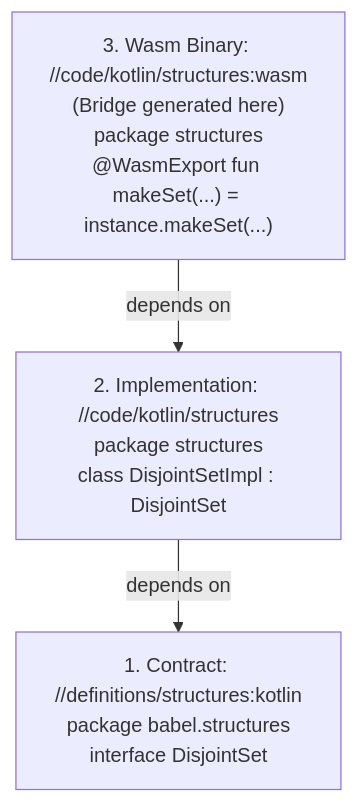
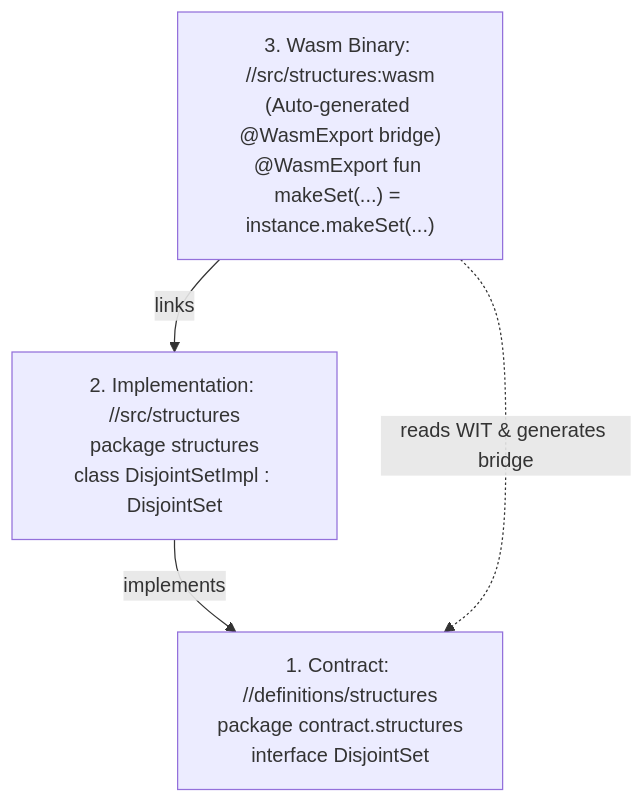
The third of 3 diagrams in docs/kotlin/architecture.md (wcodesoft/please-rules), drawn with Mermaid before and after one commit. The commit also changed other lines of this file and 10 other files, not shown here.

First line of the commit message:
feat(kotlin): support automatic WIT bridge generation in kt_wasm_binary (#20)

````diff
--- a/docs/kotlin/architecture.md
+++ b/docs/kotlin/architecture.md
@@ -116,9 +116,10 @@
 ```mermaid
 flowchart TD
-    Contract["1. Contract: //definitions/structures:kotlin\npackage babel.structures\ninterface DisjointSet"]
-    Impl["2. Implementation: //code/kotlin/structures\npackage structures\nclass DisjointSetImpl : DisjointSet"]
-    Binary["3. Wasm Binary: //code/kotlin/structures:wasm\n(Bridge generated here)\npackage structures\n@WasmExport fun makeSet(...) = instance.makeSet(...)"]
+    Contract["1. Contract: //definitions/structures\npackage contract.structures\ninterface DisjointSet"]
+    Impl["2. Implementation: //src/structures\npackage structures\nclass DisjointSetImpl : DisjointSet"]
+    Binary["3. Wasm Binary: //src/structures:wasm\n(Auto-generated @WasmExport bridge)\n@WasmExport fun makeSet(...) = instance.makeSet(...)"]
 
-    Impl -->|depends on| Contract
-    Binary -->|depends on| Impl
+    Impl -->|implements| Contract
+    Binary -->|links| Impl
+    Binary -.->|reads WIT & generates bridge| Contract
 ```
````
